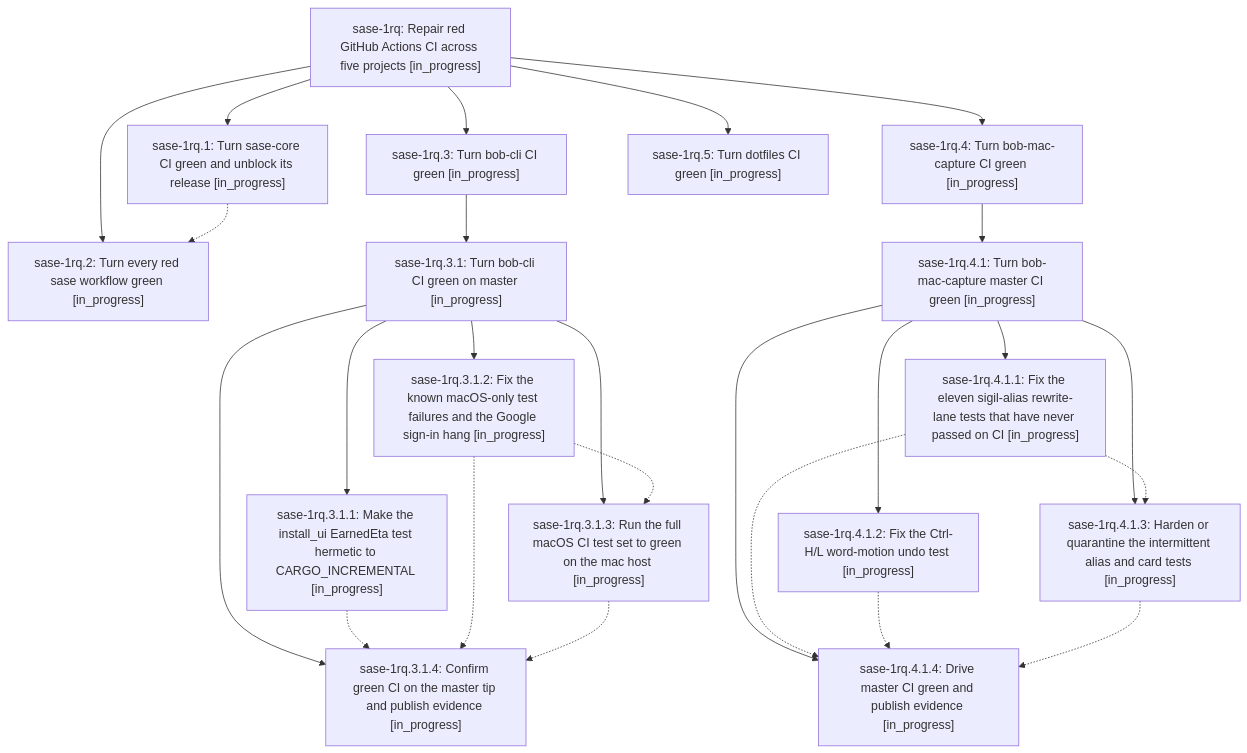
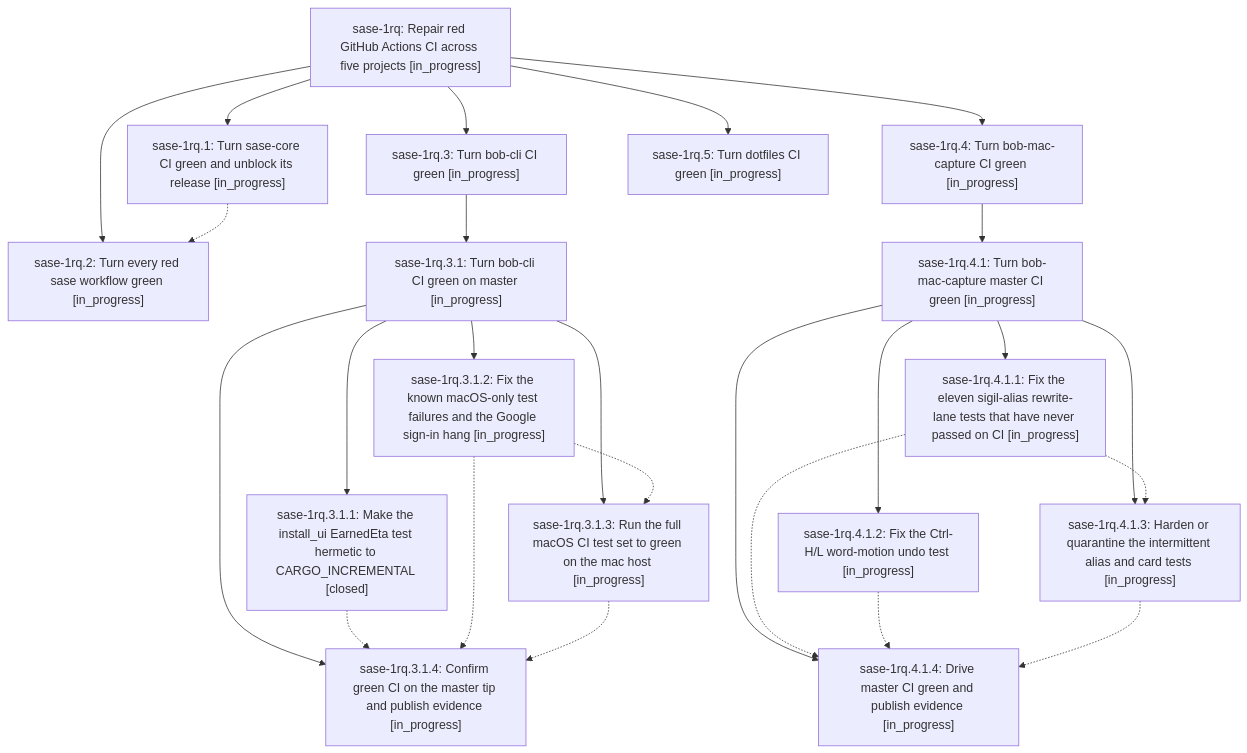
Before and after one commit to sase-org/sase--beads: the diagram in pages/sase-1rq/README.md, drawn with Mermaid. The commit also changed other lines of this file and 4 other files, not shown here.

````diff
--- a/pages/sase-1rq/README.md
+++ b/pages/sase-1rq/README.md
@@ -26,43 +26,43 @@
 ```mermaid
 flowchart TD
     n0["sase-1rq: Repair red GitHub Actions CI across five projects [in_progress]"]
     n1["sase-1rq.1: Turn sase-core CI green and unblock its release [in_progress]"]
     n2["sase-1rq.2: Turn every red sase workflow green [in_progress]"]
     n3["sase-1rq.3: Turn bob-cli CI green [in_progress]"]
     n4["sase-1rq.3.1: Turn bob-cli CI green on master [in_progress]"]
-    n5["sase-1rq.3.1.1: Make the install_ui EarnedEta test hermetic to CARGO_INCREMENTAL [in_progress]"]
+    n5["sase-1rq.3.1.1: Make the install_ui EarnedEta test hermetic to CARGO_INCREMENTAL [closed]"]
     n6["sase-1rq.3.1.2: Fix the known macOS-only test failures and the Google sign-in hang [in_progress]"]
     n7["sase-1rq.3.1.3: Run the full macOS CI test set to green on the mac host [in_progress]"]
     n8["sase-1rq.3.1.4: Confirm green CI on the master tip and publish evidence [in_progress]"]
     n9["sase-1rq.4: Turn bob-mac-capture CI green [in_progress]"]
     n10["sase-1rq.4.1: Turn bob-mac-capture master CI green [in_progress]"]
     n11["sase-1rq.4.1.1: Fix the eleven sigil-alias rewrite-lane tests that have never passed on CI [in_progress]"]
     n12["sase-1rq.4.1.2: Fix the Ctrl-H/L word-motion undo test [in_progress]"]
     n13["sase-1rq.4.1.3: Harden or quarantine the intermittent alias and card tests [in_progress]"]
     n14["sase-1rq.4.1.4: Drive master CI green and publish evidence [in_progress]"]
     n15["sase-1rq.5: Turn dotfiles CI green [in_progress]"]
     n0 --> n1
     n0 --> n2
     n0 --> n3
     n3 --> n4
     n4 --> n5
     n4 --> n6
     n4 --> n7
     n4 --> n8
     n0 --> n9
     n9 --> n10
     n10 --> n11
     n10 --> n12
     n10 --> n13
     n10 --> n14
     n0 --> n15
     n1 -.-> n2
     n5 -.-> n8
     n6 -.-> n7
     n6 -.-> n8
     n7 -.-> n8
     n11 -.-> n13
     n11 -.-> n14
     n12 -.-> n14
     n13 -.-> n14
 ```
````
